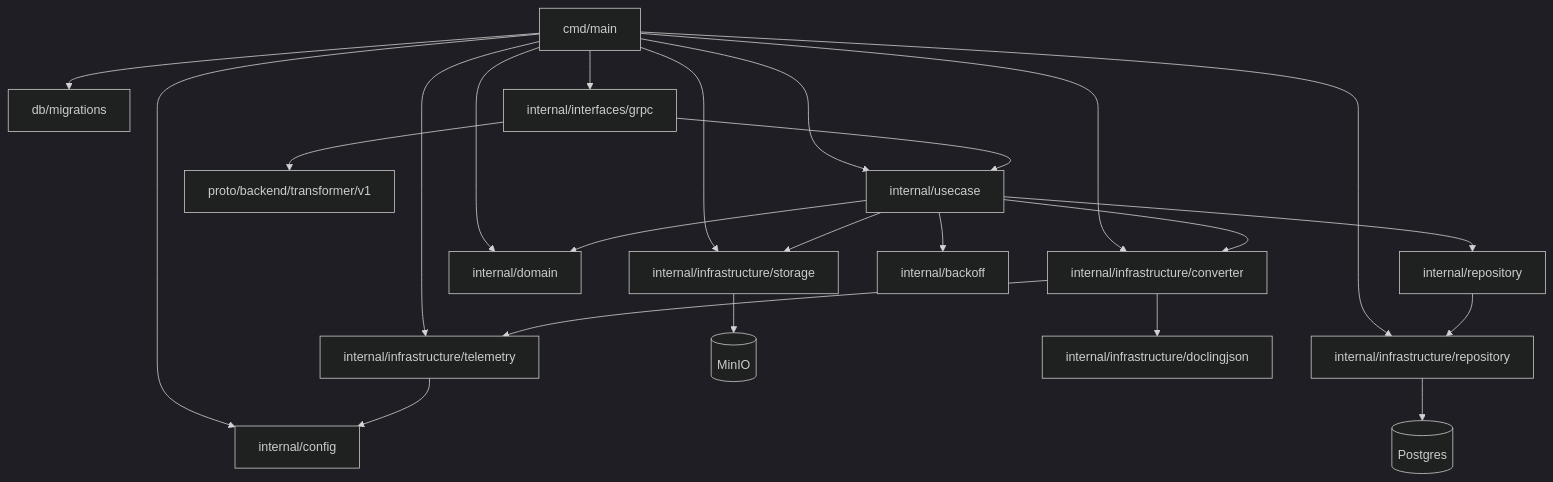
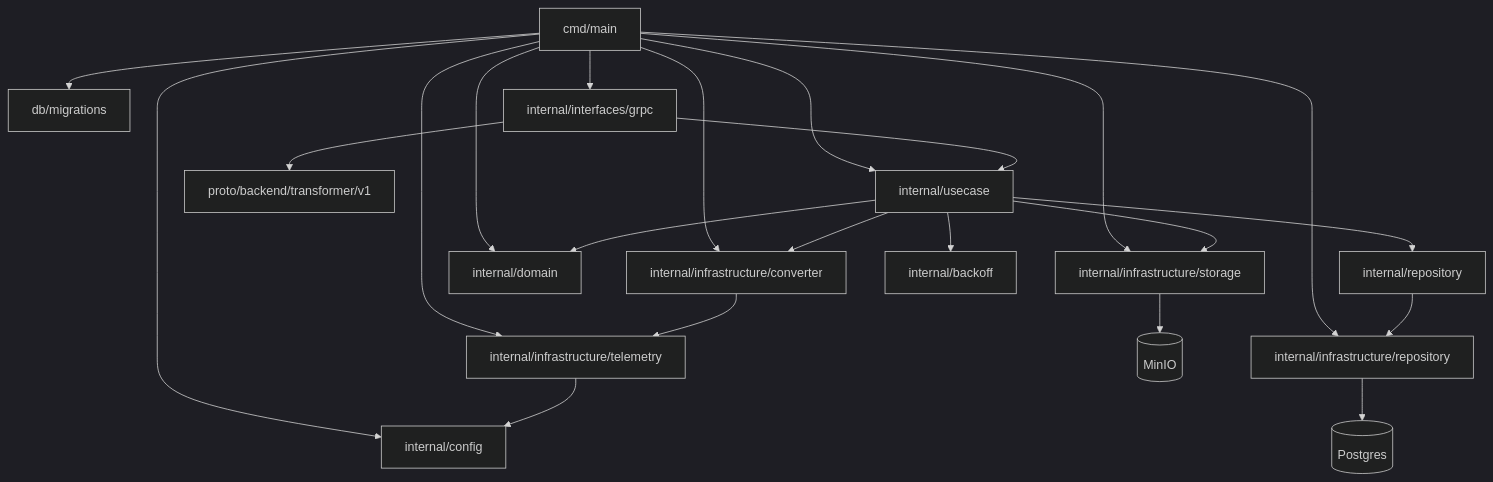
Before and after one commit to FedorovTeam/mono-repo: the diagram in backend/docling-transformer-service/code.md, drawn with Mermaid (dark theme). The commit also changed other lines of this file and 7 other files, not shown here.

````diff
--- a/backend/docling-transformer-service/code.md
+++ b/backend/docling-transformer-service/code.md
@@ -3,25 +3,24 @@
 ```mermaid
 graph TD
     main[cmd/main] --> cfg[internal/config]
     main --> telemetry[internal/infrastructure/telemetry]
     main --> migrations[db/migrations]
     main --> storage[internal/infrastructure/storage]
     main --> repoImpl[internal/infrastructure/repository]
     main --> converter[internal/infrastructure/converter]
     main --> usecases[internal/usecase]
     main --> grpc[internal/interfaces/grpc]
     main --> domain[internal/domain]
     usecases --> repoIface[internal/repository]
     repoIface --> repoImpl
     repoImpl --> postgres[(Postgres)]
     usecases --> storage
     storage --> minio[(MinIO)]
     usecases --> converter
-    converter --> doclingjson[internal/infrastructure/doclingjson]
     converter --> telemetry
     usecases --> backoff[internal/backoff]
     usecases --> domain
     grpc --> usecases
     grpc --> proto[proto/backend/transformer/v1]
     telemetry --> cfg
 ```
````
